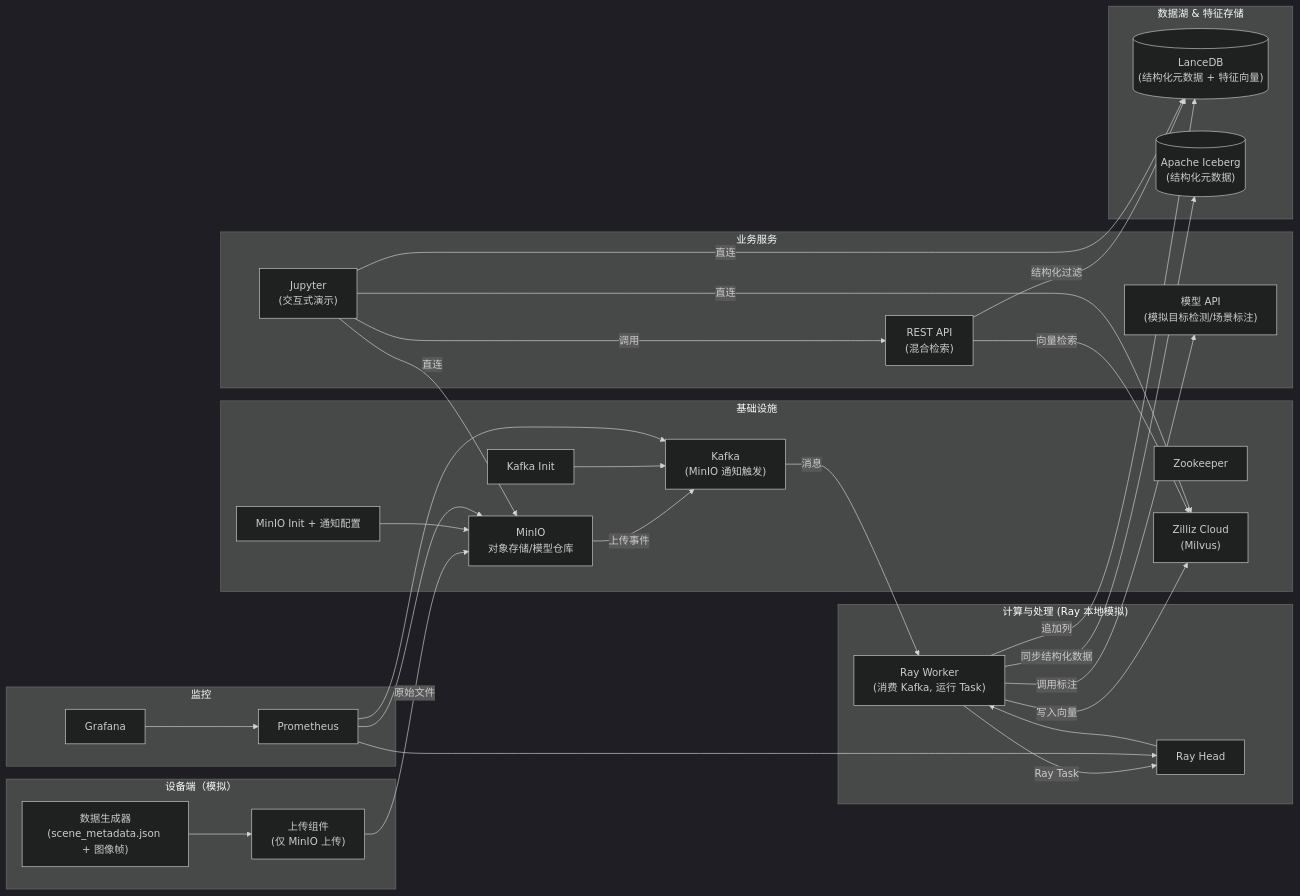
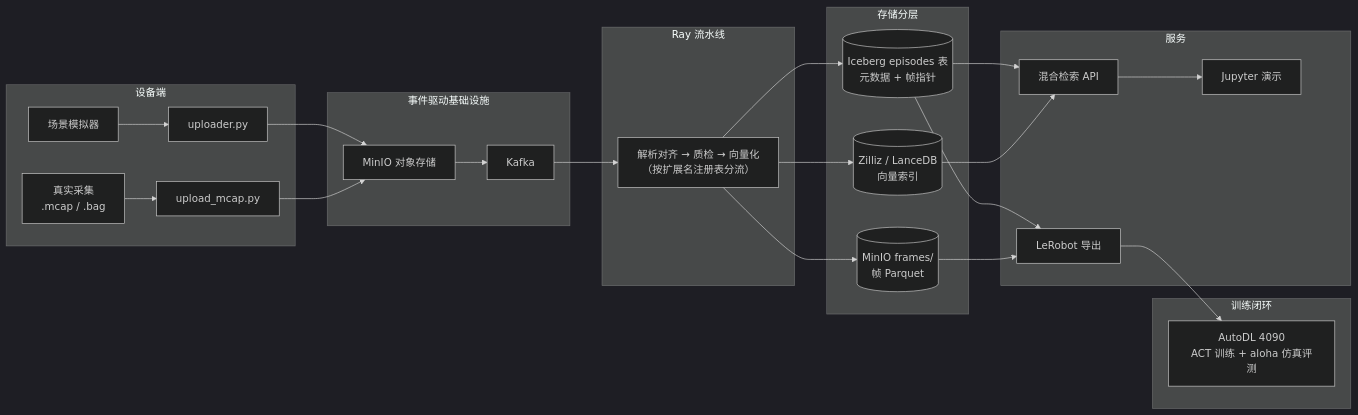
The diagram in README.md (pftn/robotloop), drawn with Mermaid (dark theme) before and after one commit. The commit also changed other lines of this file and 13 other files, not shown here.

````diff
--- a/README.md
+++ b/README.md
@@ -21,69 +18,45 @@
 ```mermaid
 graph LR
-    subgraph Device["设备端（模拟）"]
-        Gen["数据生成器
-(scene_metadata.json + 图像帧)"] --> Uploader["上传组件
-(仅 MinIO 上传)"]
+    subgraph Device["设备端"]
+        Sim["场景模拟器"] --> Up1["uploader.py"]
+        Bags["真实采集<br/>.mcap / .bag"] --> Up2["upload_mcap.py"]
     end
 
-    subgraph Infra["基础设施"]
-        MinIO["MinIO
-对象存储/模型仓库"]
-        Kafka["Kafka
-(MinIO 通知触发)"]
-        ZK["Zookeeper"]
-        KafkaInit["Kafka Init"]
-        MinIOInit["MinIO Init + 通知配置"]
-        Zilliz["Zilliz Cloud
-(Milvus)"]
+    subgraph Infra["事件驱动基础设施"]
+        MinIO["MinIO 对象存储"]
+        Kafka["Kafka"]
     end
 
-    subgraph Compute["计算与处理 (Ray 本地模拟)"]
-        RayHead["Ray Head"]
-        RayWorker["Ray Worker
-(消费 Kafka, 运行 Task)"]
+    subgraph Pipeline["Ray 流水线"]
+        Worker["解析对齐 → 质检 → 向量化<br/>（按扩展名注册表分流）"]
     end
 
-    subgraph Services["业务服务"]
-        API["REST API
-(混合检索)"]
-        ModelAPI["模型 API
-(模拟目标检测/场景标注)"]
-        Jupyter["Jupyter
-(交互式演示)"]
+    subgraph Storage["存储分层"]
+        Iceberg[("Iceberg episodes 表<br/>元数据 + 帧指针")]
+        Frames[("MinIO frames/<br/>帧 Parquet")]
+        Vector[("Zilliz / LanceDB<br/>向量索引")]
     end
 
-    subgraph Storage["数据湖 & 特征存储"]
-        Lance[("LanceDB
-(结构化元数据 + 特征向量)")]
-        Iceberg[("Apache Iceberg
-(结构化元数据)")]
+    subgraph Serving["服务"]
+        API["混合检索 API"]
+        NB["Jupyter 演示"]
+        Export["LeRobot 导出"]
     end
 
-    subgraph Monitor["监控"]
-        Prom["Prometheus"]
-        Grafana["Grafana"]
+    subgraph Train["训练闭环"]
+        ACT["AutoDL 4090<br/>ACT 训练 + aloha 仿真评测"]
     end
 
-    Uploader -- " 原始文件 " --> MinIO
-    MinIOInit --> MinIO
-    MinIO -- " 上传事件 " --> Kafka
-    KafkaInit --> Kafka
-    Kafka -- " 消息 " --> RayWorker
-    RayWorker -- " Ray Task " --> RayHead
-    RayHead --> RayWorker
-    RayWorker -- " 调用标注 " --> ModelAPI
-    RayWorker -- " 写入向量 " --> Zilliz
-    RayWorker -- " 追加列 " --> Lance
-    RayWorker -- " 同步结构化数据 " --> Iceberg
-    API -- " 向量检索 " --> Zilliz
-    API -- " 结构化过滤 " --> Lance
-    Jupyter -- " 调用 " --> API
-    Jupyter -- " 直连 " --> MinIO
-    Jupyter -- " 直连 " --> Lance
-    Jupyter -- " 直连 " --> Zilliz
-    Prom --> RayHead
-    Prom --> MinIO
-    Prom --> Kafka
-    Grafana --> Prom
+    Up1 --> MinIO
+    Up2 --> MinIO
+    MinIO --> Kafka --> Worker
+    Worker --> Iceberg
+    Worker --> Frames
+    Worker --> Vector
+    Iceberg --> API
+    Vector --> API
+    API --> NB
+    Iceberg --> Export
+    Frames --> Export
+    Export --> ACT
 ```
````
